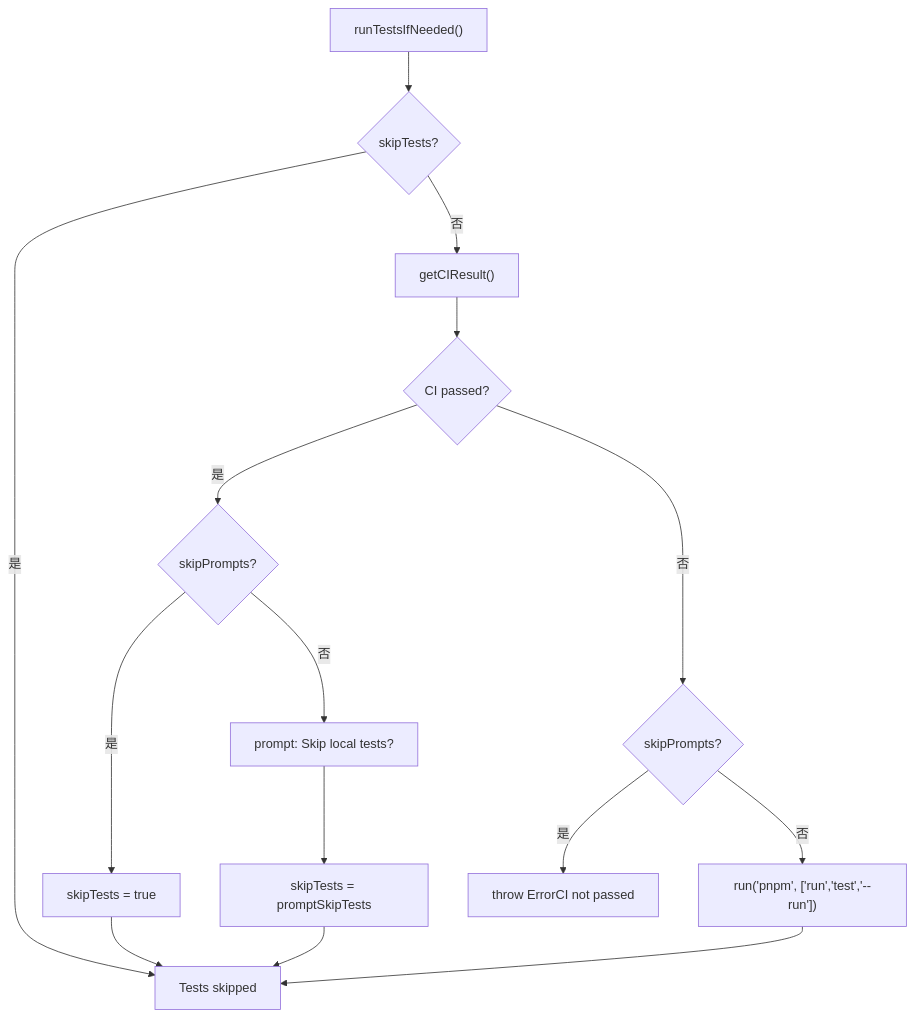
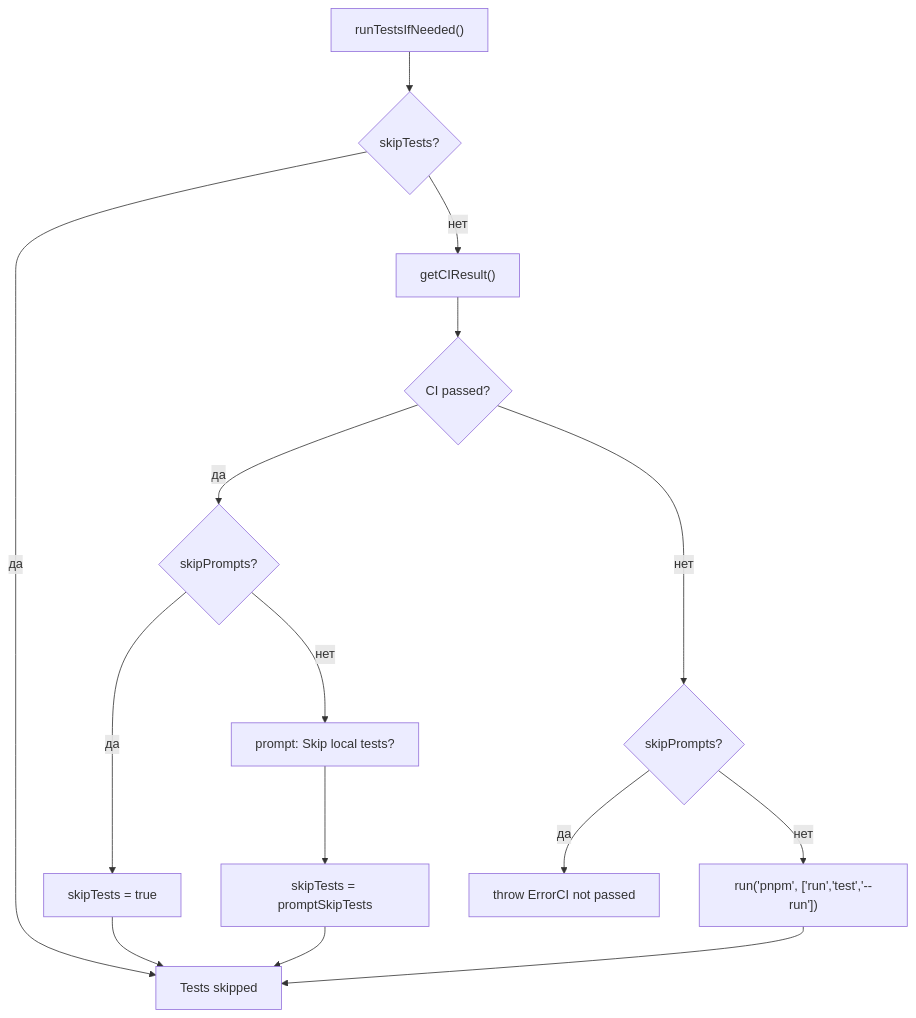
One commit to maleRjc/AiReadCodeBooks changed the second of 2 diagrams in books/vue3/ru/13-performance-and-feature-flags.md. Above: the diagram before and after it, drawn with Mermaid. The commit also changed other lines of this file and 74 other files, not shown here.

````diff
--- a/books/vue3/ru/13-performance-and-feature-flags.md
+++ b/books/vue3/ru/13-performance-and-feature-flags.md
@@ -98,17 +98,17 @@
 ```mermaid
 flowchart TD
   entry["runTestsIfNeeded()"] --> skipFlag{"skipTests?"}
-  skipFlag -->|是| done["Tests skipped"]
-  skipFlag -->|否| ci["getCIResult()"]
+  skipFlag -->|да| done["Tests skipped"]
+  skipFlag -->|нет| ci["getCIResult()"]
   ci --> ciPass{"CI passed?"}
-  ciPass -->|是| promptMode{"skipPrompts?"}
-  promptMode -->|是| setSkip["skipTests = true"]
-  promptMode -->|否| ask["prompt: Skip local tests?"]
+  ciPass -->|да| promptMode{"skipPrompts?"}
+  promptMode -->|да| setSkip["skipTests = true"]
+  promptMode -->|нет| ask["prompt: Skip local tests?"]
   ask --> setSkip2["skipTests = promptSkipTests"]
-  ciPass -->|否| noPrompt{"skipPrompts?"}
-  noPrompt -->|是| throwErr["throw ErrorCI not passed"]
-  noPrompt -->|否| runLocal["run('pnpm', ['run','test','--run'])"]
+  ciPass -->|нет| noPrompt{"skipPrompts?"}
+  noPrompt -->|да| throwErr["throw ErrorCI not passed"]
+  noPrompt -->|нет| runLocal["run('pnpm', ['run','test','--run'])"]
   setSkip --> done
   setSkip2 --> done
   runLocal --> done
 ```
````
